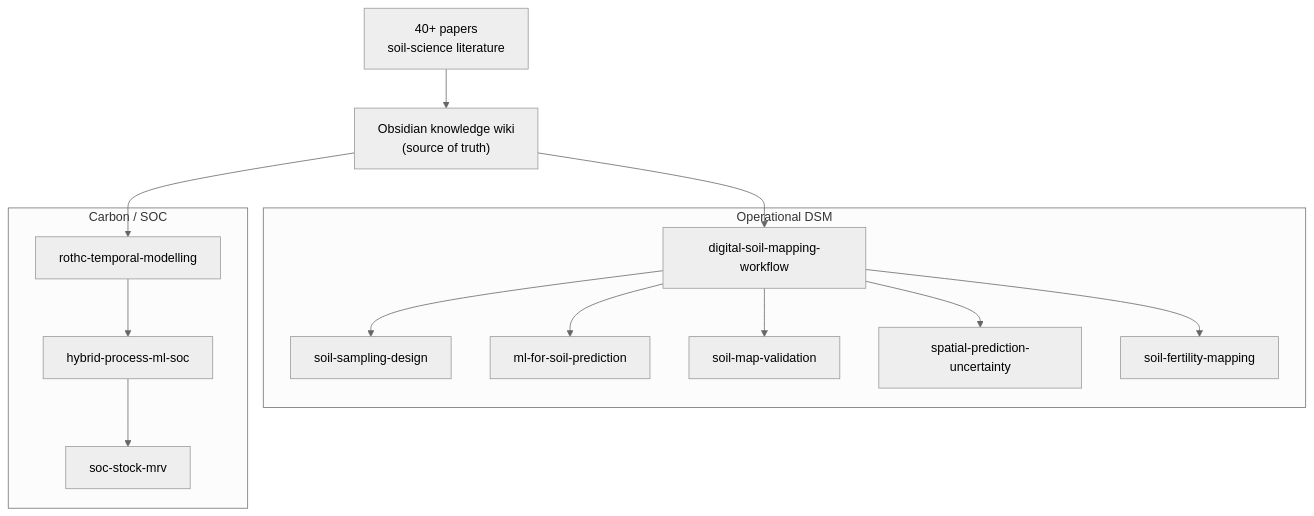
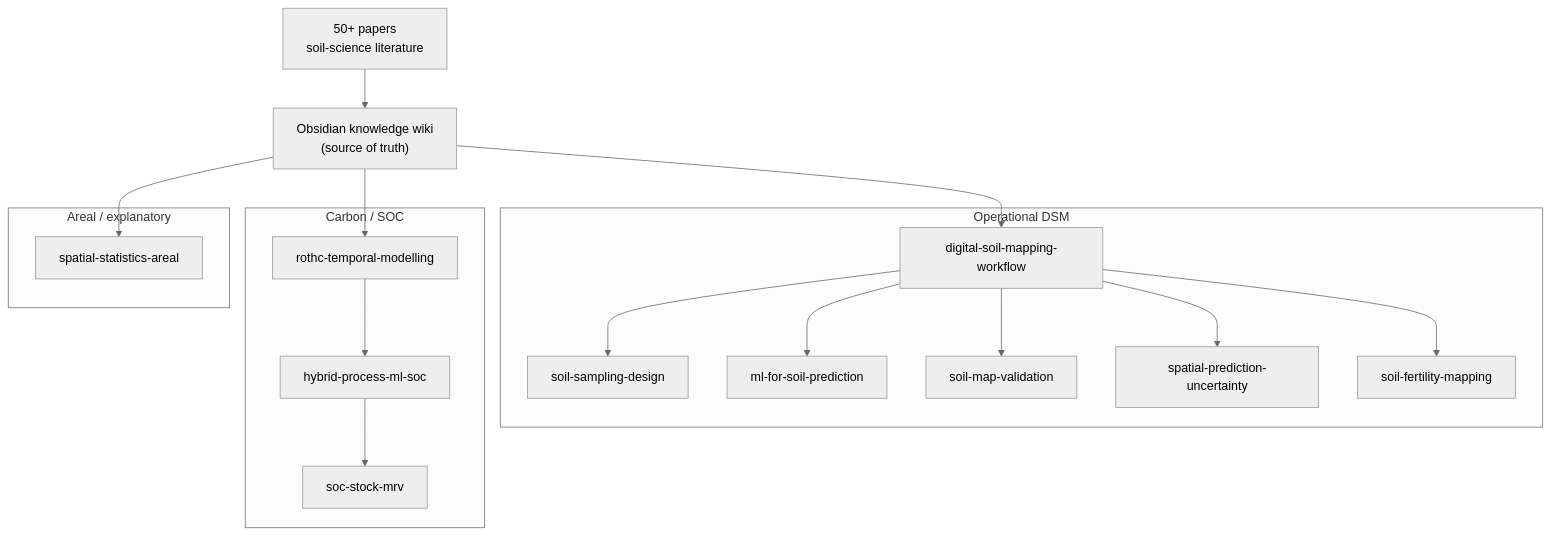
Before and after one commit to ccarbajal16/soil-dsm-skills: the diagram in README.md, drawn with Mermaid (neutral theme). The commit also changed other lines of this file and 4 other files, not shown here.

Commit message:
feat: add spatial-statistics-areal skill (ESDA + spatial econometrics on areal data) (v0.4.0)

````diff
--- a/README.md
+++ b/README.md
@@ -18,19 +18,24 @@
 ```mermaid
 flowchart TD
-    LIT["40+ papers<br/>soil-science literature"] --> WIKI["Obsidian knowledge wiki<br/>(source of truth)"]
+    LIT["50+ papers<br/>soil-science literature"] --> WIKI["Obsidian knowledge wiki<br/>(source of truth)"]
     WIKI --> DSM["digital-soil-mapping-workflow"]
 
     subgraph OP["Operational DSM"]
         DSM --> SAMP["soil-sampling-design"]
         DSM --> ML["ml-for-soil-prediction"]
         DSM --> VAL["soil-map-validation"]
         DSM --> UNC["spatial-prediction-uncertainty"]
         DSM --> FERT["soil-fertility-mapping"]
     end
 
     subgraph CARB["Carbon / SOC"]
         ROTHC["rothc-temporal-modelling"] --> HYB["hybrid-process-ml-soc"] --> MRV["soc-stock-mrv"]
     end
 
+    subgraph AREAL["Areal / explanatory"]
+        AREA["spatial-statistics-areal"]
+    end
+
     WIKI --> ROTHC
+    WIKI --> AREA
 ```
````
